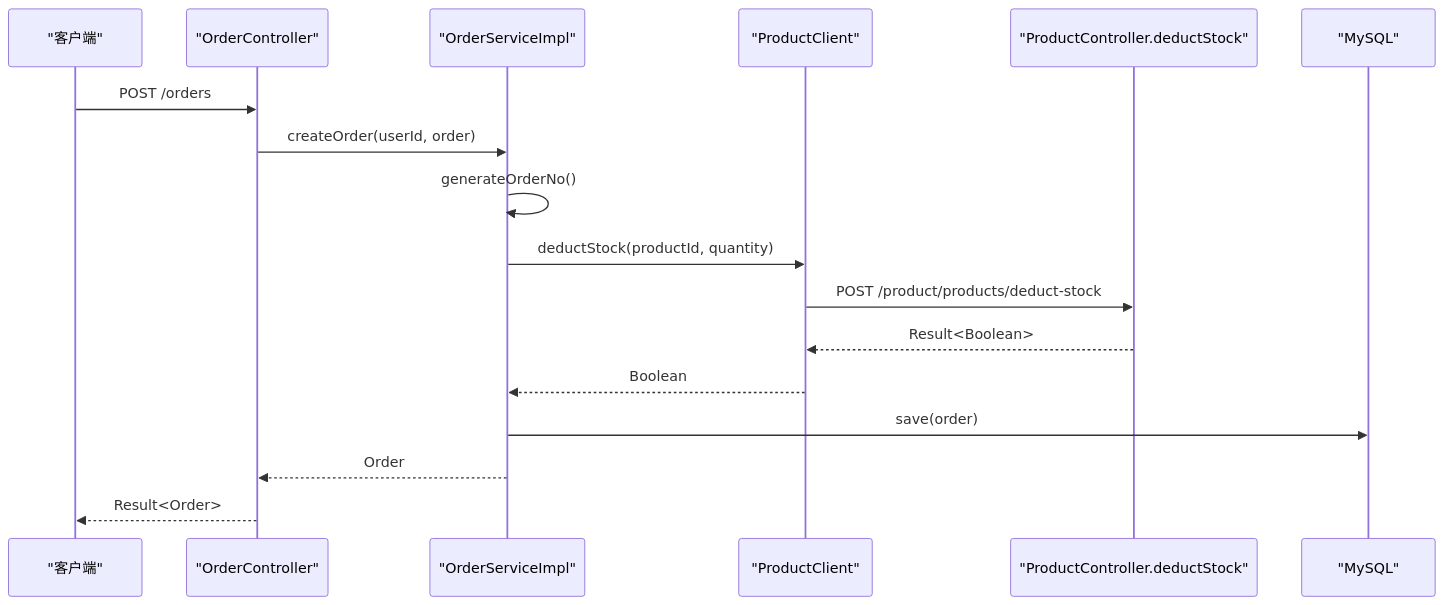
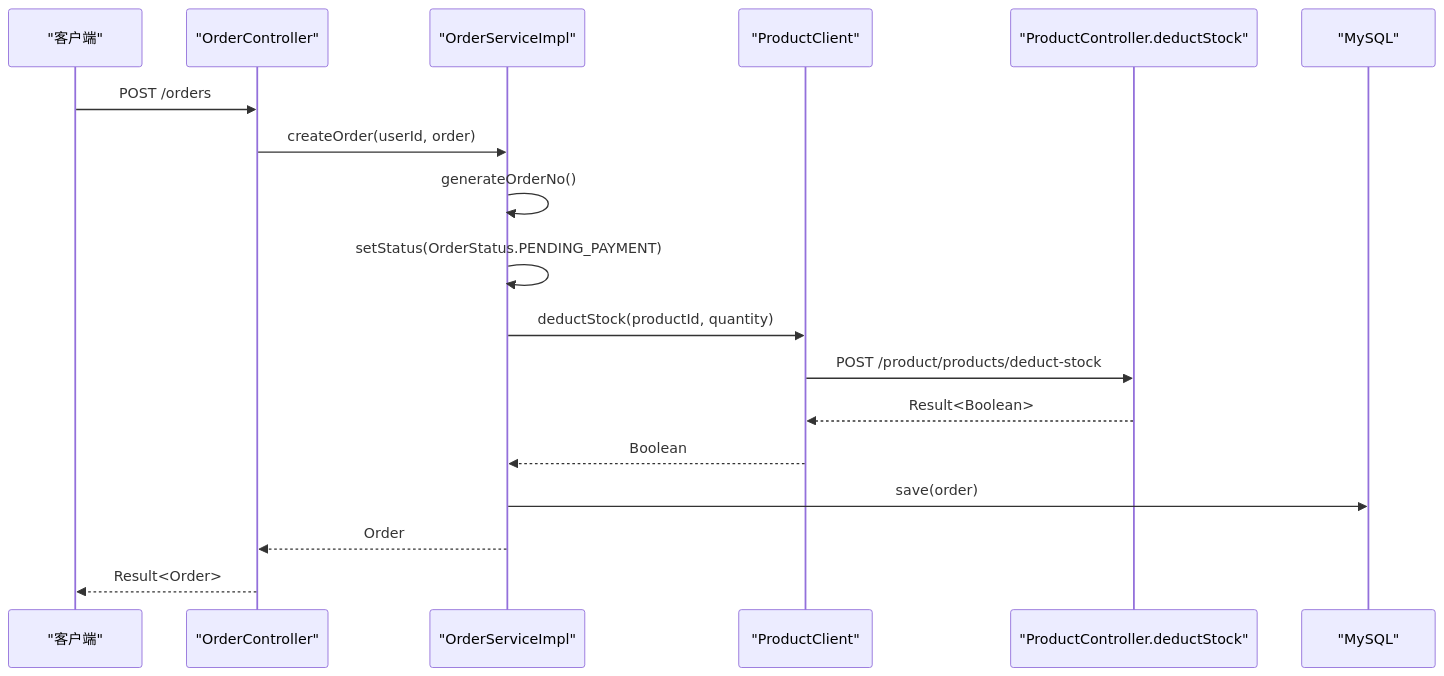
Before and after one commit to haohailiang/qoder-fullstack: the third of 8 diagrams in .qoder/repowiki/zh/content/API接口文档/订单服务API.md, drawn with Mermaid. The commit also changed other lines of this file and 24 other files, not shown here.

````diff
--- a/.qoder/repowiki/zh/content/API接口文档/订单服务API.md
+++ b/.qoder/repowiki/zh/content/API接口文档/订单服务API.md
@@ -294,19 +333,20 @@
 ```mermaid
 sequenceDiagram
 participant Client as "客户端"
 participant Controller as "OrderController"
 participant Service as "OrderServiceImpl"
 participant Feign as "ProductClient"
 participant Product as "ProductController.deductStock"
 participant DB as "MySQL"
 Client->>Controller : POST /orders
 Controller->>Service : createOrder(userId, order)
 Service->>Service : generateOrderNo()
+Service->>Service : setStatus(OrderStatus.PENDING_PAYMENT)
 Service->>Feign : deductStock(productId, quantity)
 Feign->>Product : POST /product/products/deduct-stock
 Product-->>Feign : Result<Boolean>
 Feign-->>Service : Boolean
 Service->>DB : save(order)
 Service-->>Controller : Order
 Controller-->>Client : Result<Order>
 ```
````
